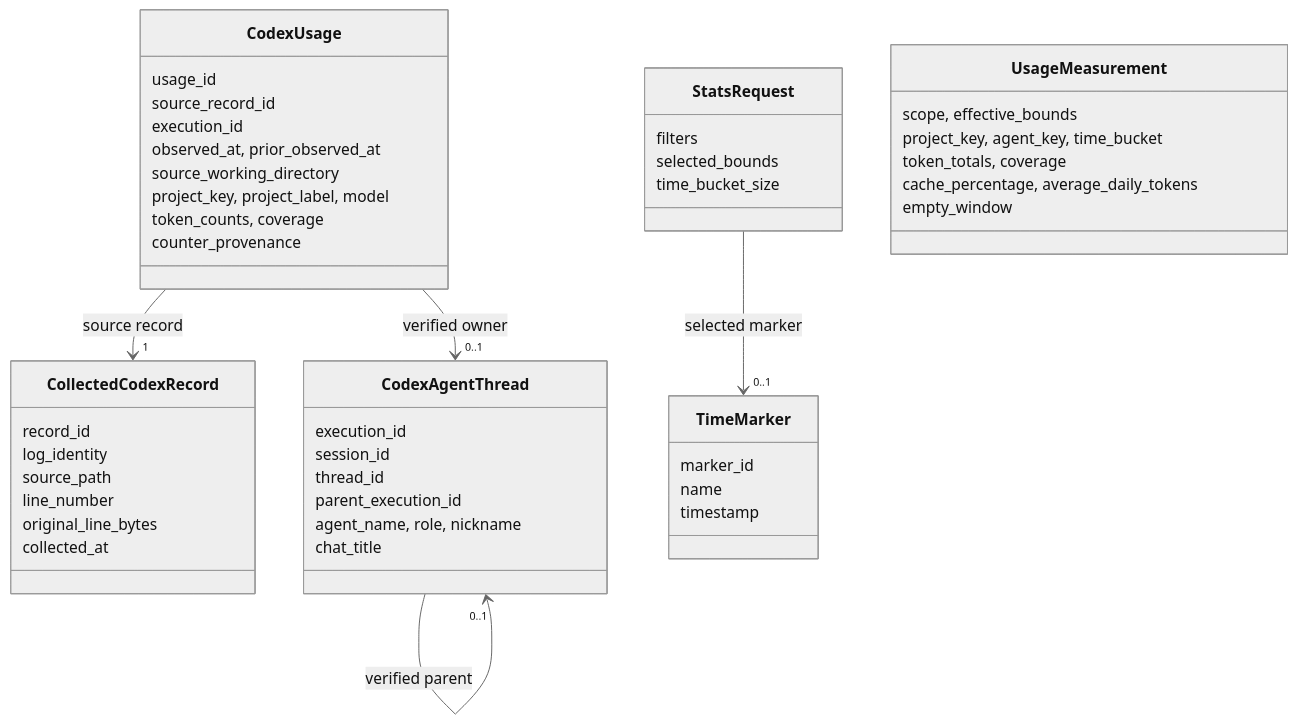
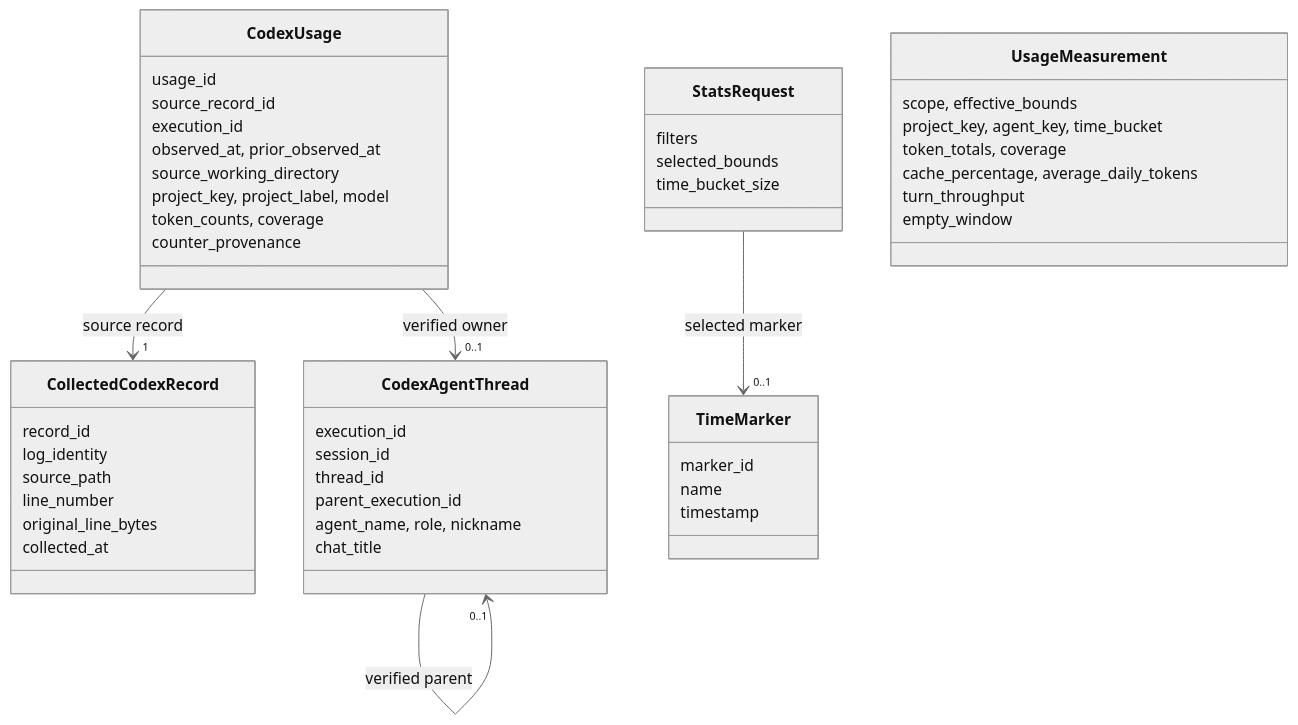
Before and after one commit to xtrmstep/codex-stats-analyzer: the diagram in specification/02-architecture/02-design/010-usage-data-model.md, drawn with Mermaid (neutral theme). The commit also changed 5 other files, not shown here.

Commit message:
overview-kpi: specify explanations and turn throughput

````diff
--- a/specification/02-architecture/02-design/010-usage-data-model.md
+++ b/specification/02-architecture/02-design/010-usage-data-model.md
@@ -20,50 +20,51 @@
 ```mermaid
 classDiagram
     class CollectedCodexRecord {
         record_id
         log_identity
         source_path
         line_number
         original_line_bytes
         collected_at
     }
     class CodexAgentThread {
         execution_id
         session_id
         thread_id
         parent_execution_id
         agent_name, role, nickname
         chat_title
     }
     class CodexUsage {
         usage_id
         source_record_id
         execution_id
         observed_at, prior_observed_at
         source_working_directory
         project_key, project_label, model
         token_counts, coverage
         counter_provenance
     }
     class TimeMarker {
         marker_id
         name
         timestamp
     }
     class StatsRequest {
         filters
         selected_bounds
         time_bucket_size
     }
     class UsageMeasurement {
         scope, effective_bounds
         project_key, agent_key, time_bucket
         token_totals, coverage
         cache_percentage, average_daily_tokens
+        turn_throughput
         empty_window
     }
     CodexUsage --> "1" CollectedCodexRecord : source record
     CodexUsage --> "0..1" CodexAgentThread : verified owner
     CodexAgentThread --> "0..1" CodexAgentThread : verified parent
     StatsRequest --> "0..1" TimeMarker : selected marker
 ```
````
